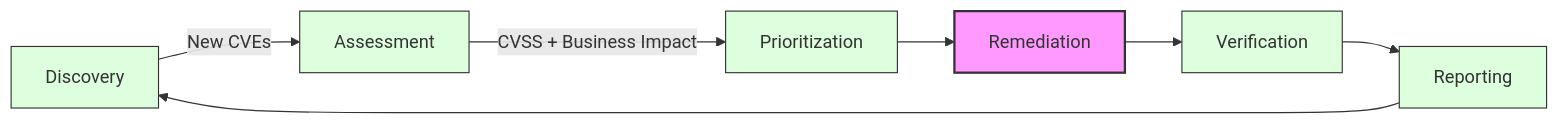
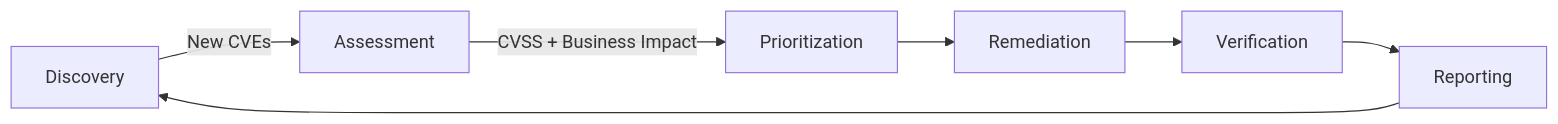
One commit to glasskube/glasskube.dev changed the third of 3 diagrams in glossary/19_cve.mdx. Above: the diagram before and after it, drawn with Mermaid. The commit also changed other lines of this file and 3 other files, not shown here.

Commit message:
chore: reorder glossary, style diagrams

````diff
--- a/glossary/19_cve.mdx
+++ b/glossary/19_cve.mdx
@@ -204,18 +195,9 @@
 ```mermaid
 graph LR
     A[Discovery] -->|New CVEs| B[Assessment]
     B -->|CVSS + Business Impact| C[Prioritization]
     C --> D[Remediation]
     D --> E[Verification]
     E --> F[Reporting]
     F --> A
-    
-    style A fill:#dfd,stroke:#333,stroke-width:1px
-    style B fill:#dfd,stroke:#333,stroke-width:1px
-    style C fill:#dfd,stroke:#333,stroke-width:1px
-    style D fill:#f9f,stroke:#333,stroke-width:2px
-    style E fill:#dfd,stroke:#333,stroke-width:1px
-    style F fill:#dfd,stroke:#333,stroke-width:1px
-    
-    classDef default fill:#f9f9f9,stroke:#333,stroke-width:1px
 ```
````
